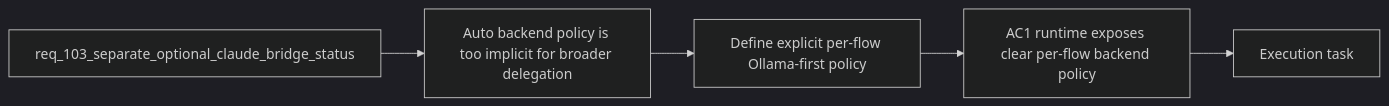
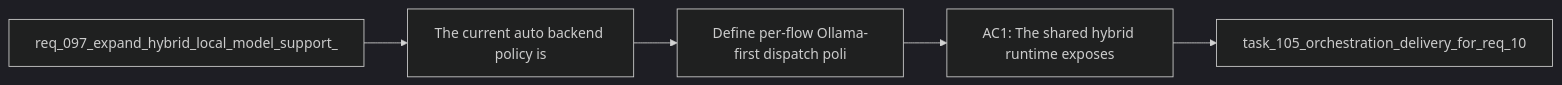
The diagram in logics/backlog/item_181_define_per_flow_ollama_first_dispatch_policy_for_supported_hybrid_assist_flows.md (AlexAgo83/logics-manager), drawn with Mermaid (dark theme) before and after one commit. The commit also changed 481 other files, not shown here.

````diff
--- a/logics/backlog/item_181_define_per_flow_ollama_first_dispatch_policy_for_supported_hybrid_assist_flows.md
+++ b/logics/backlog/item_181_define_per_flow_ollama_first_dispatch_policy_for_supported_hybrid_assist_flows.md
@@ -28,9 +28,9 @@
 ```mermaid
 %% logics-kind: backlog
 %% logics-signature: backlog|define-per-flow-ollama-first-dispatch-po|req-097-expand-hybrid-local-model-suppor|the-current-auto-backend-policy-is|ac1-the-shared-hybrid-runtime-exposes
 flowchart LR
-    Request[req_103_separate_optional_claude_bridge_status] --> Problem[Auto backend policy is too implicit for broader delegation]
-    Problem --> Scope[Define explicit per-flow Ollama-first policy]
-    Scope --> Acceptance[AC1 runtime exposes clear per-flow backend policy]
-    Acceptance --> Tasks[Execution task]
+    Request[req_097_expand_hybrid_local_model_support_] --> Problem[The current auto backend policy is]
+    Problem --> Scope[Define per-flow Ollama-first dispatch poli]
+    Scope --> Acceptance[AC1: The shared hybrid runtime exposes]
+    Acceptance --> Tasks[task_105_orchestration_delivery_for_req_10]
 ```
````
